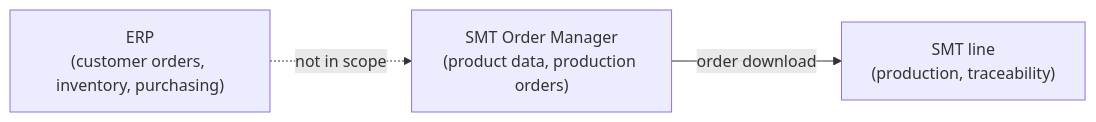
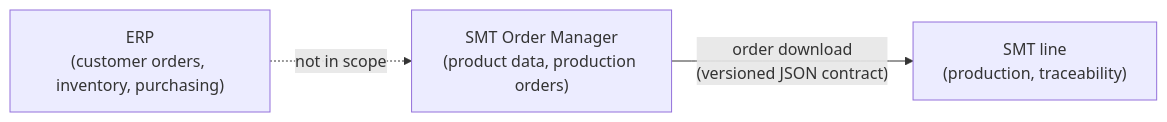
The diagram in docs/requirements.md (mikhail-poda/smt-order-manager), drawn with Mermaid before and after one commit. The commit also changed other lines of this file and 4 other files, not shown here.

````diff
--- a/docs/requirements.md
+++ b/docs/requirements.md
@@ -13,8 +21,8 @@
 ```mermaid
 flowchart LR
     ERP["ERP<br/>(customer orders, inventory, purchasing)"]
     OMS["SMT Order Manager<br/>(product data, production orders)"]
     Line["SMT line<br/>(production, traceability)"]
     ERP -. "not in scope" .-> OMS
-    OMS -- "order download" --> Line
+    OMS -- "order download<br/>(versioned JSON contract)" --> Line
 ```
````
